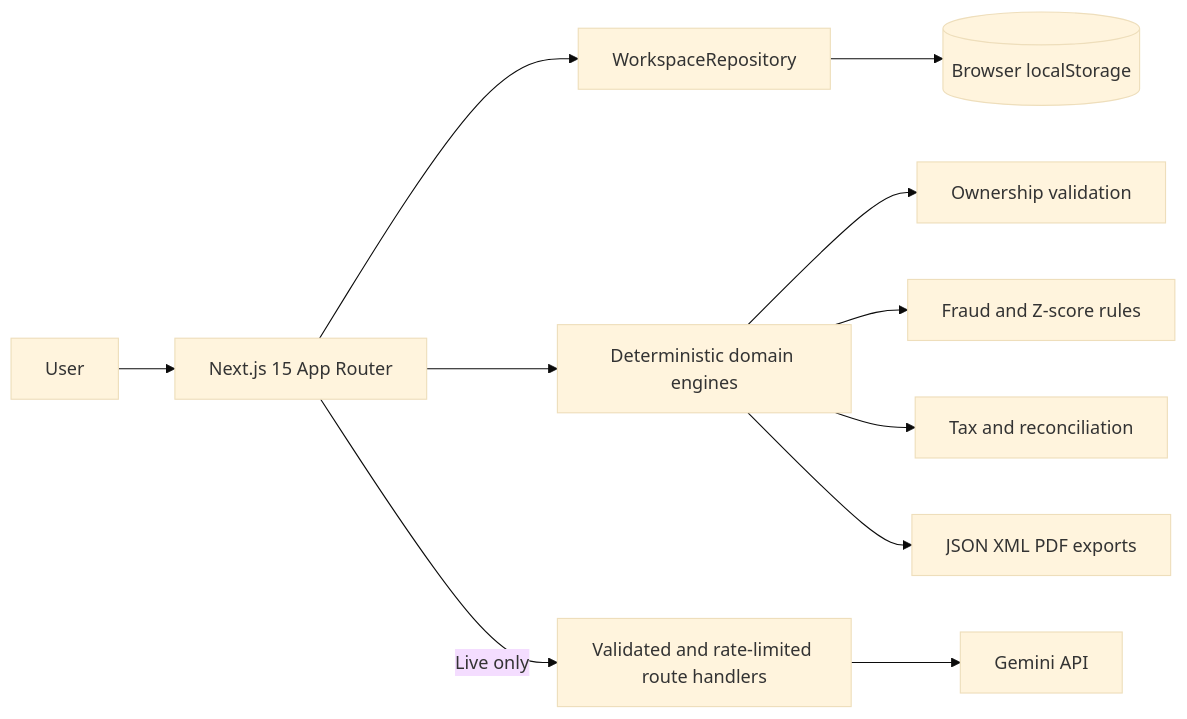
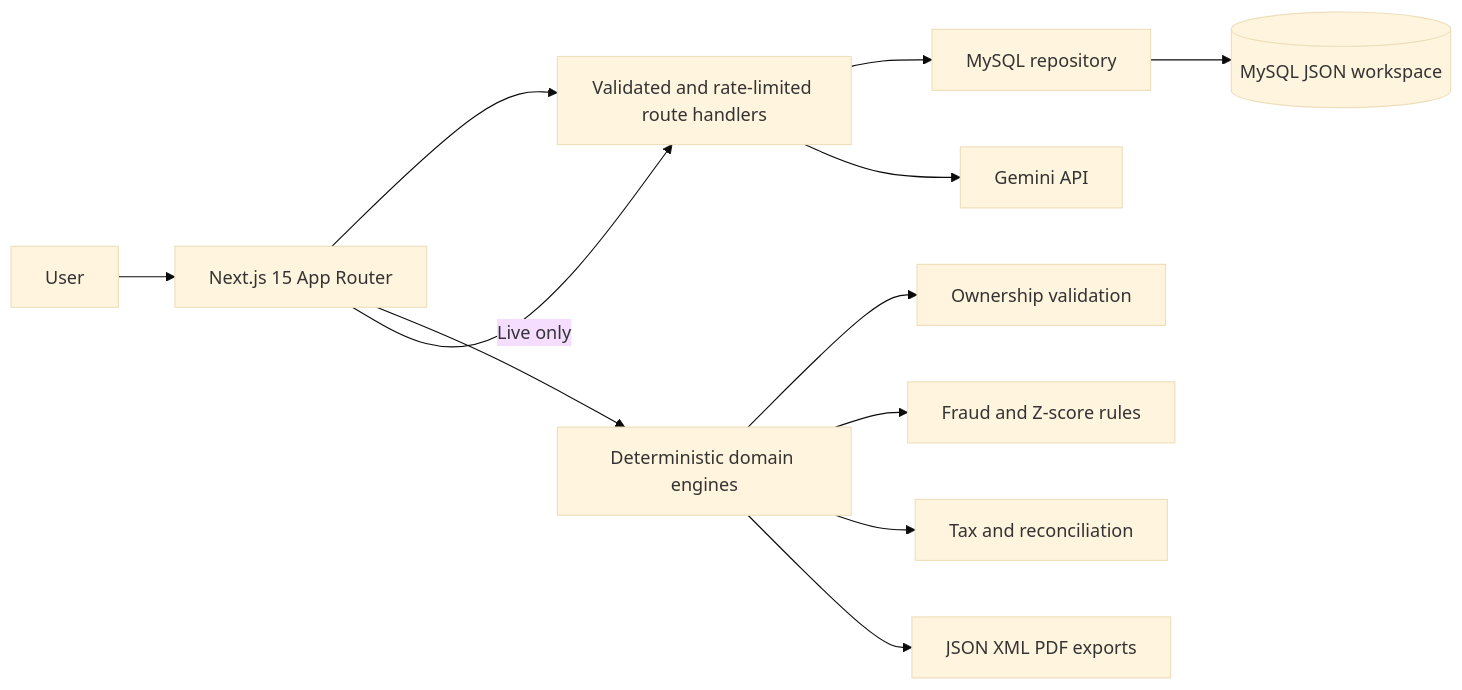
One commit to fabrianivan/nexora changed the diagram in README.md. Above: the diagram before and after it, drawn with Mermaid (base theme). The commit also changed other lines of this file and 10 other files, not shown here.

Commit message:
feat: replace browser persistence with MySQL

````diff
--- a/README.md
+++ b/README.md
@@ -59,13 +59,14 @@
 ```mermaid
 flowchart LR
   U[User] --> UI[Next.js 15 App Router]
-  UI --> R[WorkspaceRepository]
-  R --> LS[(Browser localStorage)]
+  UI --> API[Workspace API]
+  API --> R[MySQL repository]
+  R --> DB[(MySQL JSON workspace)]
   UI --> D[Deterministic domain engines]
   D --> O[Ownership validation]
   D --> F[Fraud and Z-score rules]
   D --> T[Tax and reconciliation]
   D --> E[JSON XML PDF exports]
   UI -->|Live only| API[Validated and rate-limited route handlers]
   API --> G[Gemini API]
 ```
````
